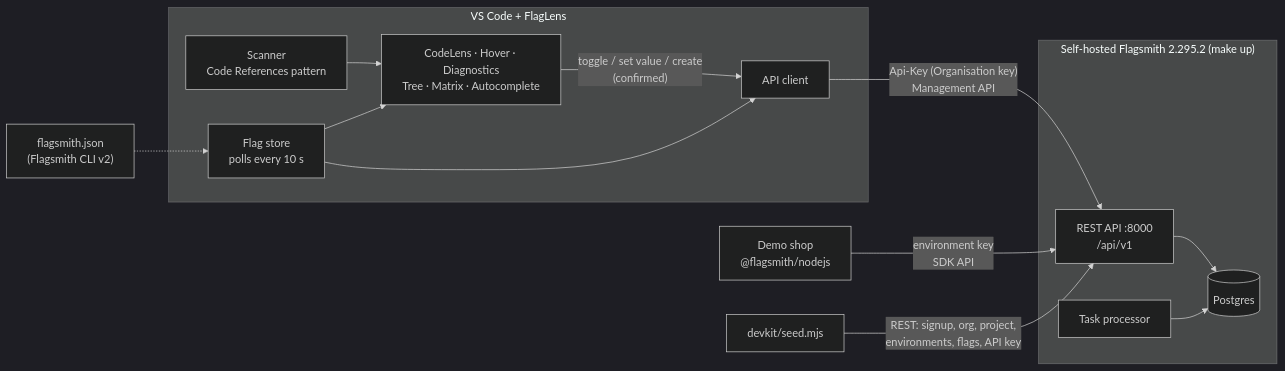
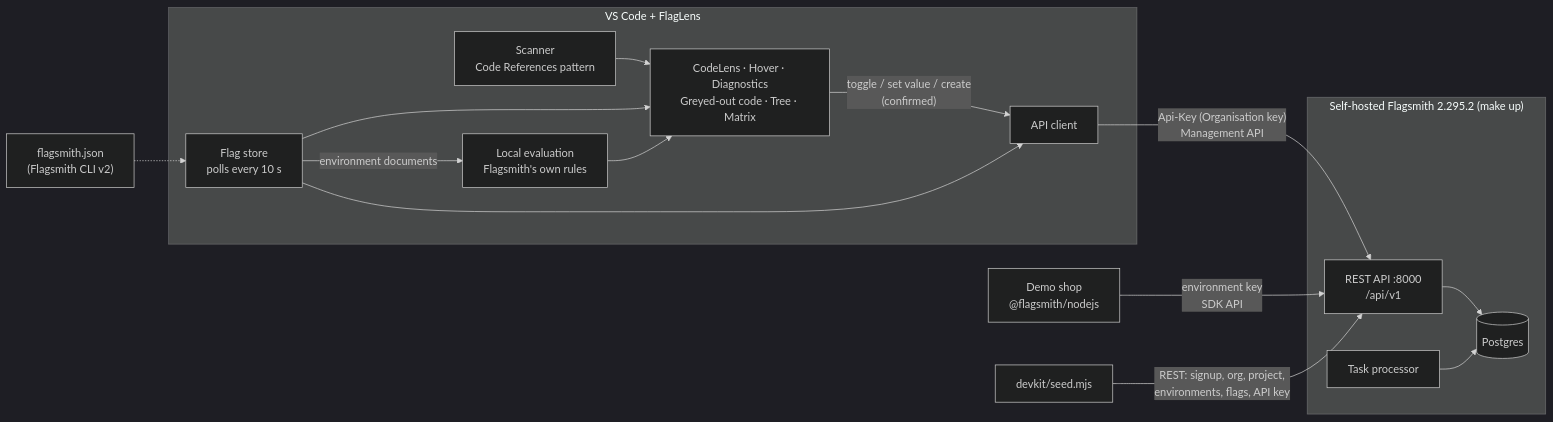
Before and after one commit to Pranav-Singh-Devloper/flaglens: the diagram in README.md, drawn with Mermaid (dark theme). The commit also changed other lines of this file and 3 other files, not shown here.

Commit message:
docs: document Preview as, greyed-out code and engine verification

````diff
--- a/README.md
+++ b/README.md
@@ -206,17 +237,18 @@
 ```mermaid
 flowchart LR
   subgraph Editor["VS Code + FlagLens"]
-    S[Scanner<br/>Code References pattern] --> V[CodeLens · Hover · Diagnostics<br/>Tree · Matrix · Autocomplete]
+    S[Scanner<br/>Code References pattern] --> V[CodeLens · Hover · Diagnostics<br/>Greyed-out code · Tree · Matrix]
     ST[Flag store<br/>polls every 10 s] --> V
+    ST -- "environment documents" --> E[Local evaluation<br/>Flagsmith's own rules] --> V
     V -- "toggle / set value / create<br/>(confirmed)" --> C[API client]
     ST --> C
   end
   subgraph Docker["Self-hosted Flagsmith 2.295.2 (make up)"]
     API["REST API :8000<br/>/api/v1"] --> PG[(Postgres)]
     TP[Task processor] --> PG
   end
   C -- "Api-Key (Organisation key)<br/>Management API" --> API
   Shop["Demo shop<br/>@flagsmith/nodejs"] -- "environment key<br/>SDK API" --> API
   Seed["devkit/seed.mjs"] -- "REST: signup, org, project,<br/>environments, flags, API key" --> API
   CLI["flagsmith.json<br/>(Flagsmith CLI v2)"] -.-> ST
 ```
````
